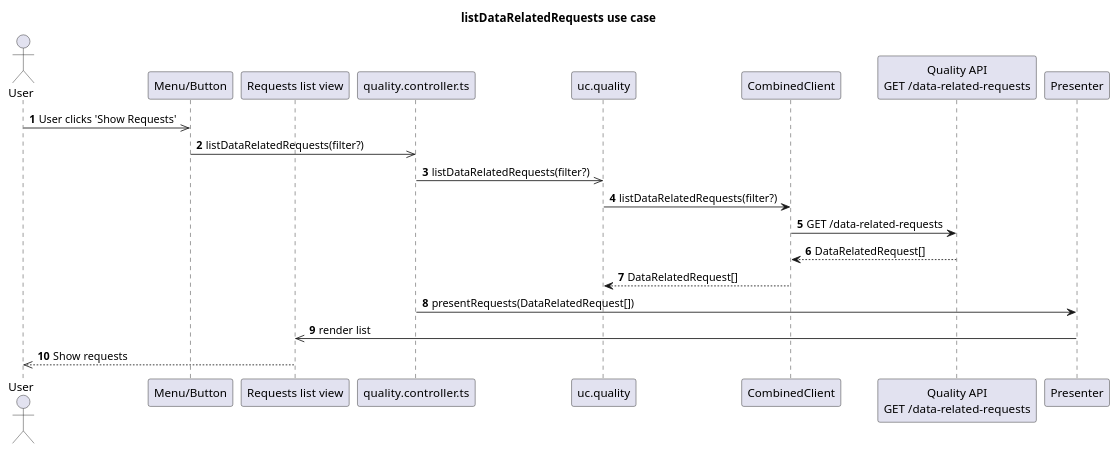
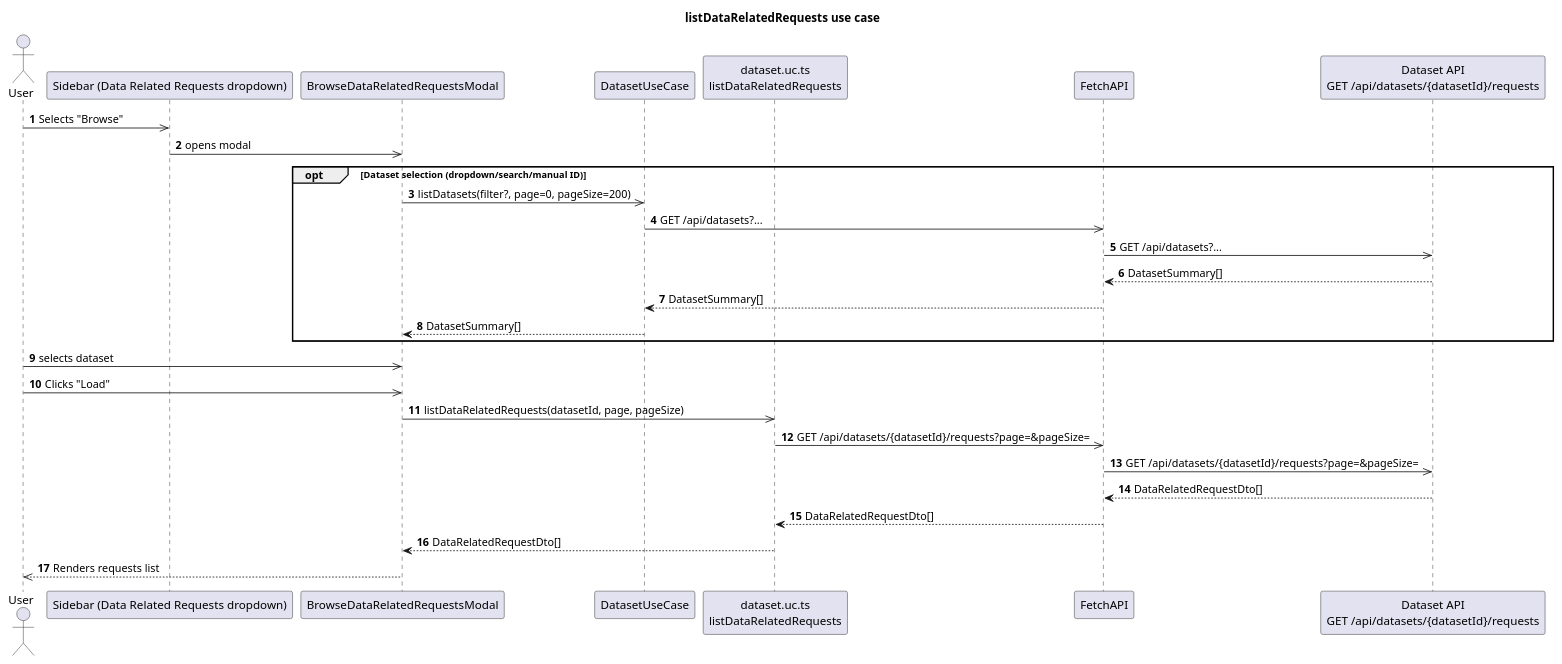
The diagram in diagrams/sequence/listDataRelatedRequests.puml (POP2025-EEPW/doorce-frontend), drawn with PlantUML before and after one commit. The commit also changed 5 other files, not shown here.

Commit message:
feat: dataRelatedRequests refactor

```diff
--- a/diagrams/sequence/listDataRelatedRequests.puml
+++ b/diagrams/sequence/listDataRelatedRequests.puml
@@ -1,24 +1,34 @@
 @startuml
 title listDataRelatedRequests use case
 autonumber
 
 actor User
-participant "Menu/Button" as Button
-participant "Requests list view" as View
-participant "quality.controller.ts" as Controller
-participant "uc.quality" as UseCase
-participant "CombinedClient" as Client
-participant "Quality API\nGET /data-related-requests" as Http
-participant "Presenter" as Presenter
+participant "Sidebar (Data Related Requests dropdown)" as Sidebar
+participant "BrowseDataRelatedRequestsModal" as View
+participant "DatasetUseCase" as DatasetUC
+participant "dataset.uc.ts\nlistDataRelatedRequests" as ApiFn
+participant "FetchAPI" as Fetch
+participant "Dataset API\nGET /api/datasets/{datasetId}/requests" as Http
 
-User ->> Button : User clicks 'Show Requests'
-Button ->> Controller : listDataRelatedRequests(filter?)
-Controller ->> UseCase : listDataRelatedRequests(filter?)
-UseCase -> Client : listDataRelatedRequests(filter?)
-Client -> Http : GET /data-related-requests
-Http --> Client : DataRelatedRequest[]
-Client --> UseCase : DataRelatedRequest[]
-Controller -> Presenter : presentRequests(DataRelatedRequest[])
-Presenter ->> View : render list
-View -->> User : Show requests
+User ->> Sidebar : Selects "Browse"
+Sidebar ->> View : opens modal
+
+opt Dataset selection (dropdown/search/manual ID)
+	View ->> DatasetUC : listDatasets(filter?, page=0, pageSize=200)
+	DatasetUC ->> Fetch : GET /api/datasets?... 
+	Fetch ->> Http : GET /api/datasets?... 
+	Http --> Fetch : DatasetSummary[]
+	Fetch --> DatasetUC : DatasetSummary[]
+	DatasetUC --> View : DatasetSummary[]
+end
+
+User ->> View : selects dataset
+User ->> View : Clicks "Load"
+View ->> ApiFn : listDataRelatedRequests(datasetId, page, pageSize)
+ApiFn ->> Fetch : GET /api/datasets/{datasetId}/requests?page=&pageSize=
+Fetch ->> Http : GET /api/datasets/{datasetId}/requests?page=&pageSize=
+Http --> Fetch : DataRelatedRequestDto[]
+Fetch --> ApiFn : DataRelatedRequestDto[]
+ApiFn --> View : DataRelatedRequestDto[]
+View -->> User : Renders requests list
 @enduml
```
